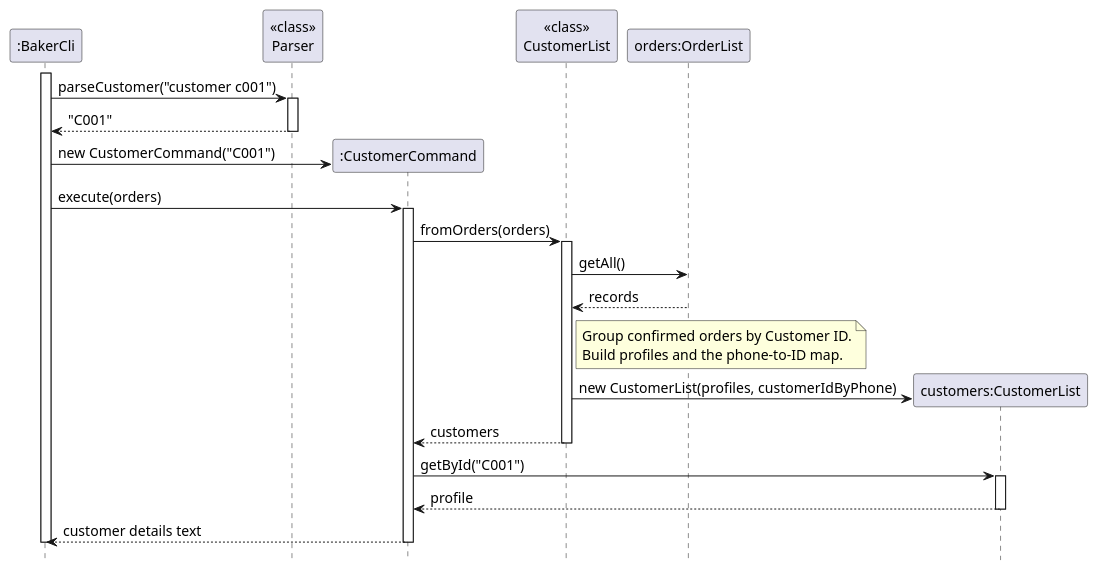
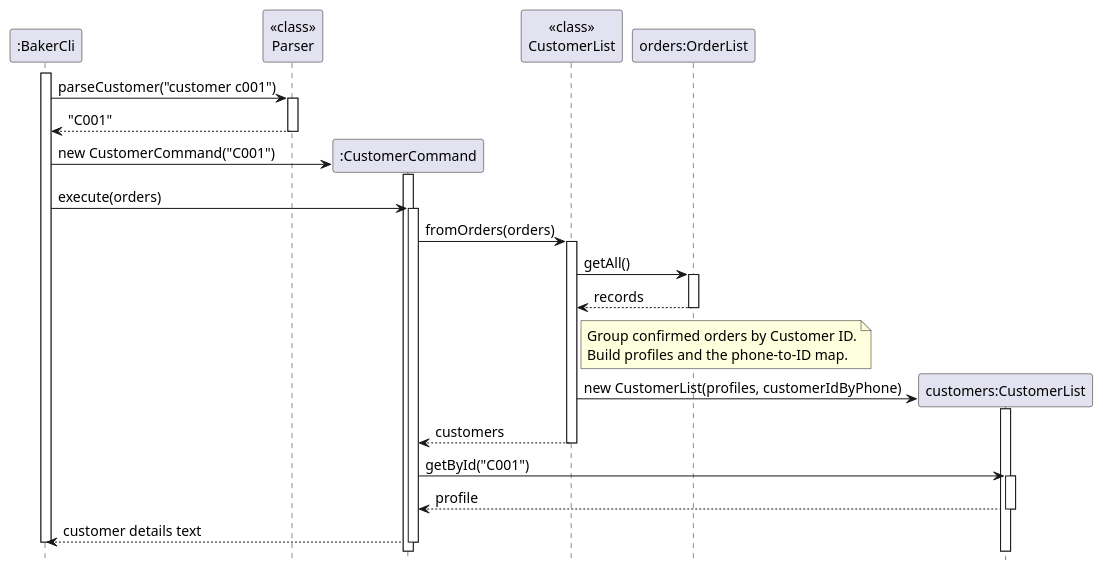
The diagram in docs/diagrams/CustomerSequenceDiagram.puml (AY2627S1-CS2113-W12-1/tp), drawn with PlantUML before and after one commit. The commit also changed 18 other files, not shown here.

First line of the commit message:
Fix DG sequence diagrams

```diff
--- a/docs/diagrams/CustomerSequenceDiagram.puml
+++ b/docs/diagrams/CustomerSequenceDiagram.puml
@@ -1,41 +1,49 @@
 @startuml CustomerSequenceDiagram
+' Original diagram: Kaishhhh; customer implementation: anannya-mk.
+' Diagram integration, activation and constructor revisions: Eethanzyj.
 skinparam shadowing false
 skinparam defaultFontSize 14
 hide footbox
 
 participant ":BakerCli" as Cli
 participant "<<class>>\nParser" as Parser
 participant ":CustomerCommand" as Cmd
 participant "<<class>>\nCustomerList" as Factory
 participant "orders:OrderList" as Orders
 participant "customers:CustomerList" as Customers
 
 activate Cli
 Cli -> Parser : parseCustomer("customer c001")
 activate Parser
 Parser --> Cli : "C001"
 deactivate Parser
 create Cmd
 Cli -> Cmd : new CustomerCommand("C001")
+activate Cmd
+deactivate Cmd
 Cli -> Cmd : execute(orders)
 activate Cmd
 Cmd -> Factory : fromOrders(orders)
 activate Factory
 Factory -> Orders : getAll()
+activate Orders
 Orders --> Factory : records
+deactivate Orders
 note right of Factory
   Group confirmed orders by Customer ID.
   Build profiles and the phone-to-ID map.
 end note
 create Customers
 Factory -> Customers : new CustomerList(profiles, customerIdByPhone)
+activate Customers
+deactivate Customers
 Factory --> Cmd : customers
 deactivate Factory
 Cmd -> Customers : getById("C001")
 activate Customers
 Customers --> Cmd : profile
 deactivate Customers
 Cmd --> Cli : customer details text
 deactivate Cmd
 deactivate Cli
 @enduml
```
